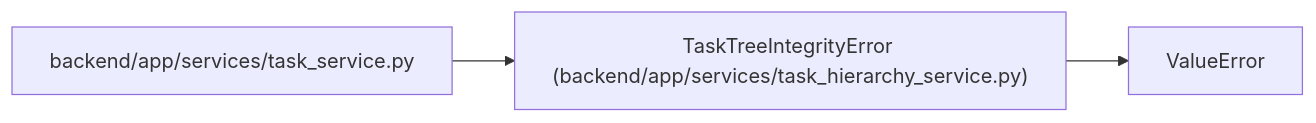
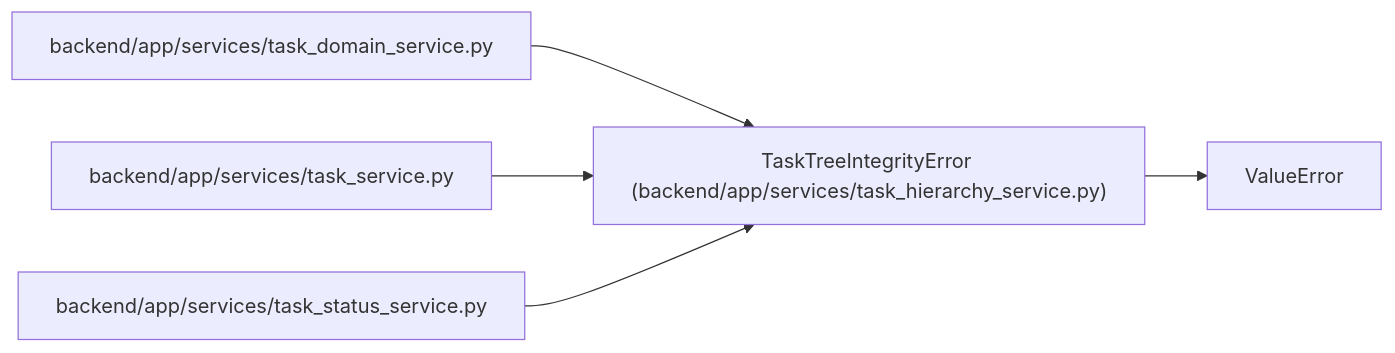
One commit to Denissvgn/WorkChord changed the diagram in docs/llm_wiki/entities/TaskTreeIntegrityError.md. Above: the diagram before and after it, drawn with Mermaid. The commit also changed other lines of this file and 25171 other files, not shown here.

````diff
--- a/docs/llm_wiki/entities/TaskTreeIntegrityError.md
+++ b/docs/llm_wiki/entities/TaskTreeIntegrityError.md
@@ -23,10 +23,16 @@
 ```mermaid
 flowchart LR
     n0["TaskTreeIntegrityError (backend/app/services/task_hierarchy_service.py)"]
     n1["ValueError"]
-    n2["backend/app/services/task_service.py"]
+    n2["backend/app/services/task_domain_service.py"]
+    n3["backend/app/services/task_service.py"]
+    n4["backend/app/services/task_status_service.py"]
     n0 --> n1
     n2 --> n0
+    n3 --> n0
+    n4 --> n0
     click n0 "../modules/task_hierarchy_service.md"
-    click n2 "../modules/task_service.md"
+    click n2 "../modules/task_domain_service.md"
+    click n3 "../modules/task_service.md"
+    click n4 "../modules/task_status_service.md"
 ```
````
